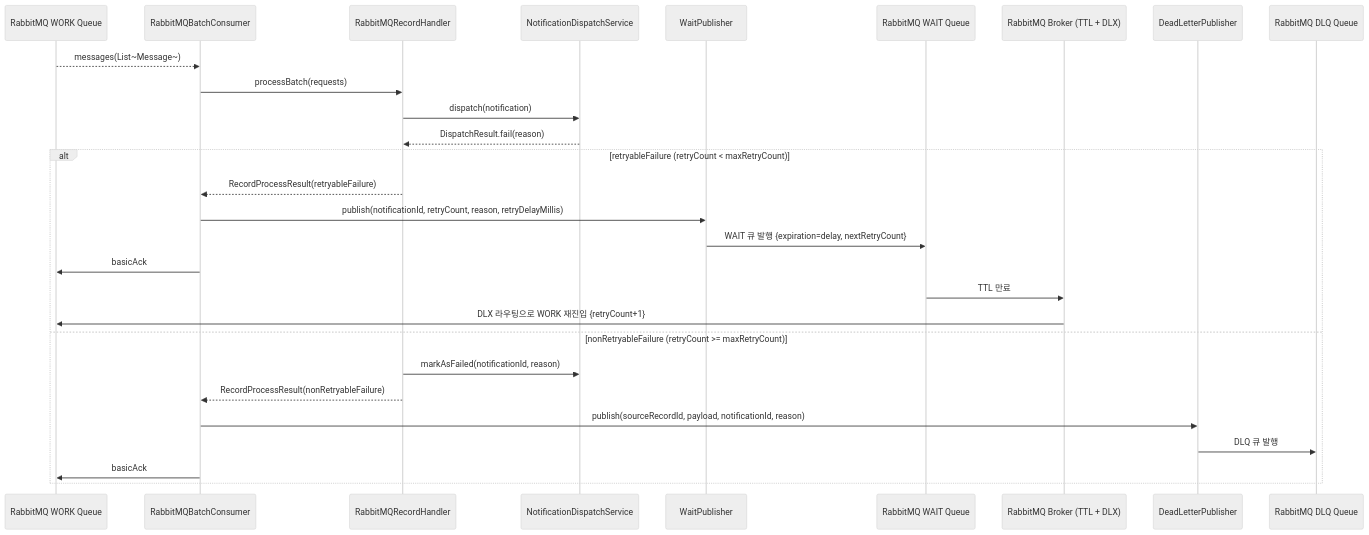
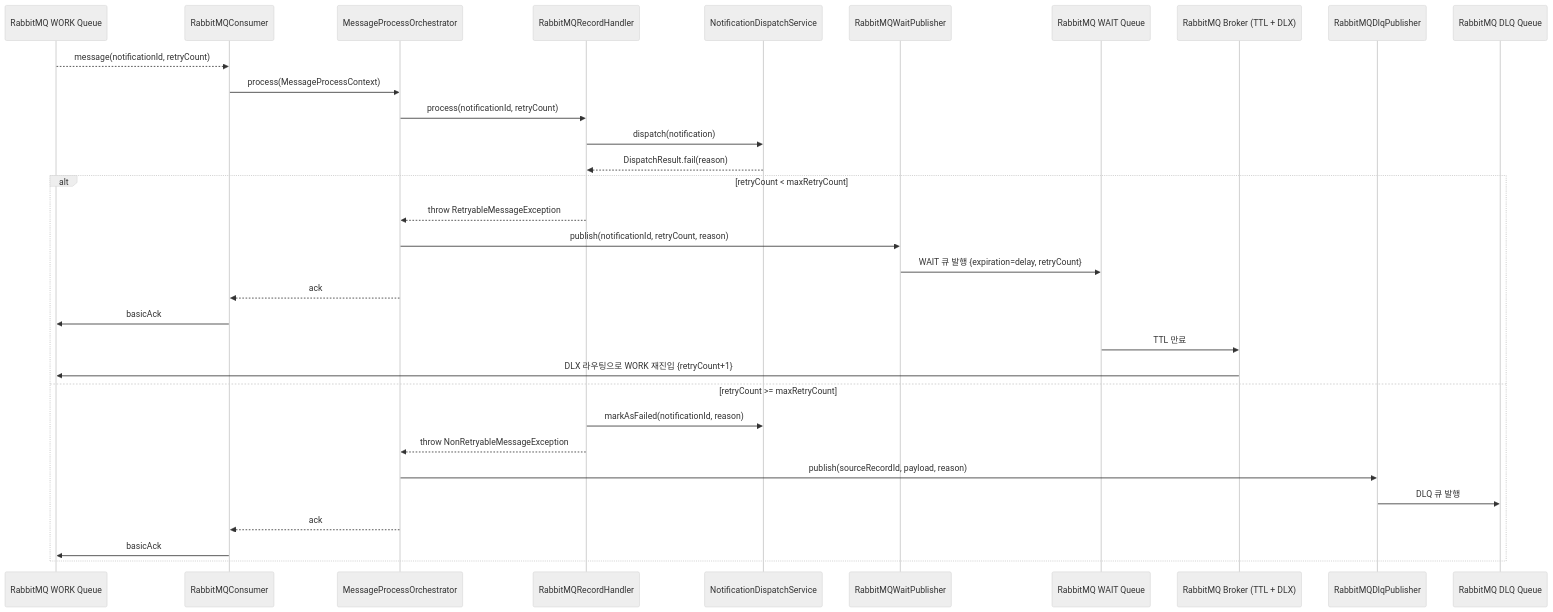
The fourth of 7 diagrams in docs/02-sequence-diagrams.md (yht0827/notification-dispatcher), drawn with Mermaid (neutral theme) before and after one commit. The commit also changed other lines of this file and 11 other files, not shown here.

````diff
--- a/docs/02-sequence-diagrams.md
+++ b/docs/02-sequence-diagrams.md
@@ -160,33 +162,37 @@
 ```mermaid
 sequenceDiagram
     participant RS as RabbitMQ WORK Queue
-    participant C as RabbitMQBatchConsumer
+    participant C as RabbitMQConsumer
+    participant O as MessageProcessOrchestrator
     participant H as RabbitMQRecordHandler
     participant DS as NotificationDispatchService
-    participant W as WaitPublisher
+    participant W as RabbitMQWaitPublisher
     participant WS as RabbitMQ WAIT Queue
     participant B as RabbitMQ Broker (TTL + DLX)
-    participant D as DeadLetterPublisher
+    participant D as RabbitMQDlqPublisher
     participant DLQ as RabbitMQ DLQ Queue
 
-    RS-->>C: messages(List~Message~)
-    C->>H: processBatch(requests)
+    RS-->>C: message(notificationId, retryCount)
+    C->>O: process(MessageProcessContext)
+    O->>H: process(notificationId, retryCount)
     H->>DS: dispatch(notification)
     DS-->>H: DispatchResult.fail(reason)
 
-    alt retryableFailure (retryCount < maxRetryCount)
-        H-->>C: RecordProcessResult(retryableFailure)
-        C->>W: publish(notificationId, retryCount, reason, retryDelayMillis)
-        W->>WS: WAIT 큐 발행 {expiration=delay, nextRetryCount}
+    alt retryCount < maxRetryCount
+        H-->>O: throw RetryableMessageException
+        O->>W: publish(notificationId, retryCount, reason)
+        W->>WS: WAIT 큐 발행 {expiration=delay, retryCount}
+        O-->>C: ack
         C->>RS: basicAck
 
         WS->>B: TTL 만료
         B->>RS: DLX 라우팅으로 WORK 재진입 {retryCount+1}
-    else nonRetryableFailure (retryCount >= maxRetryCount)
+    else retryCount >= maxRetryCount
         H->>DS: markAsFailed(notificationId, reason)
-        H-->>C: RecordProcessResult(nonRetryableFailure)
-        C->>D: publish(sourceRecordId, payload, notificationId, reason)
+        H-->>O: throw NonRetryableMessageException
+        O->>D: publish(sourceRecordId, payload, reason)
         D->>DLQ: DLQ 큐 발행
+        O-->>C: ack
         C->>RS: basicAck
     end
 ```
````
